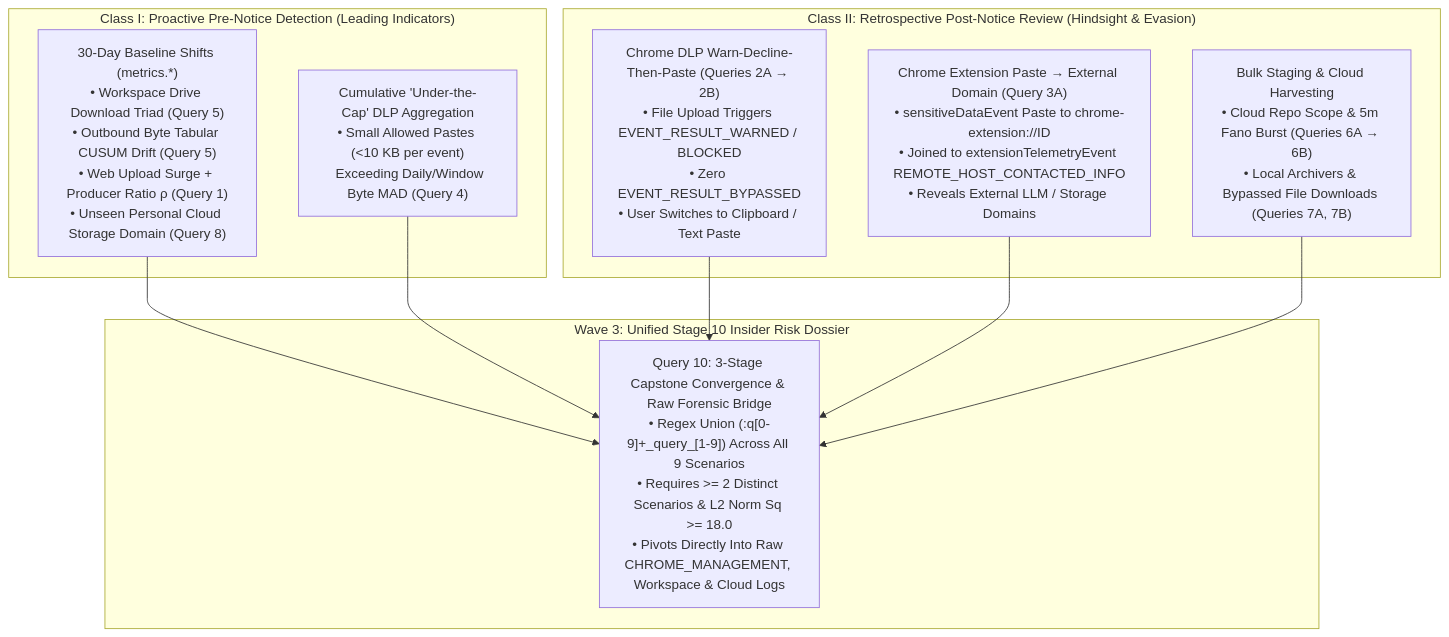
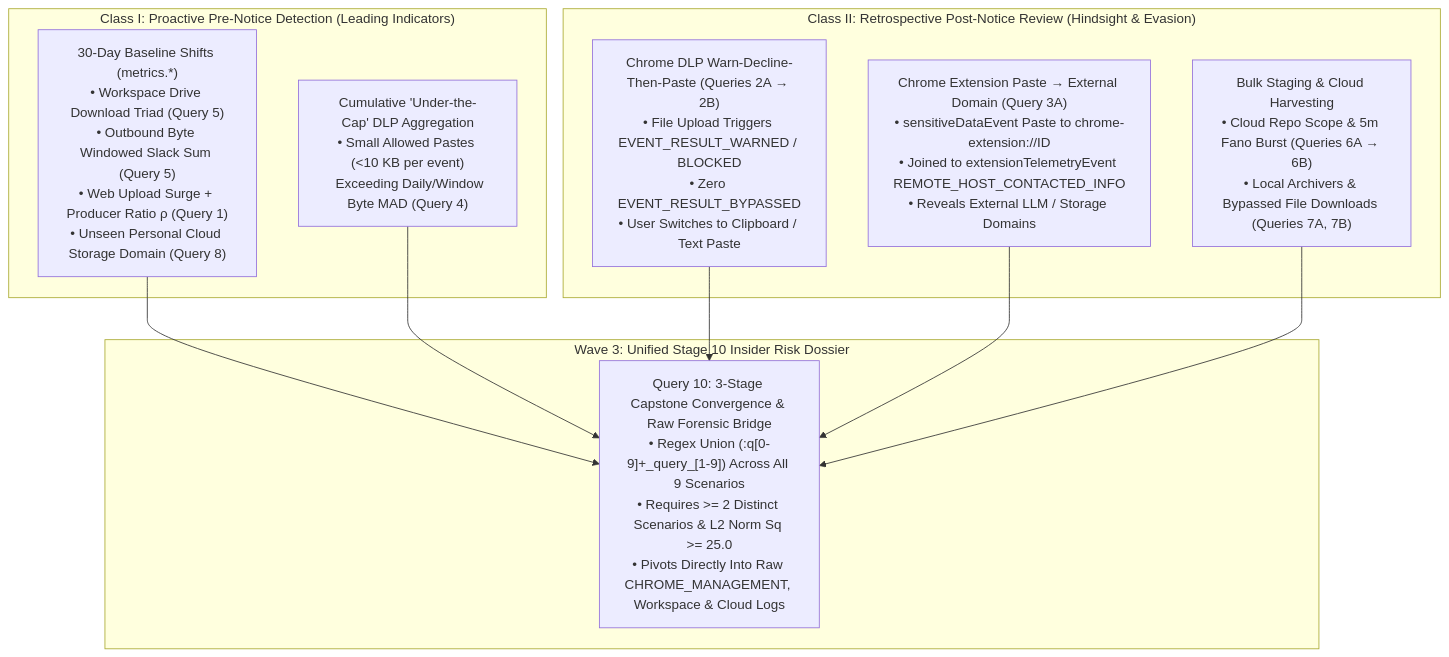
The diagram in insider-risk-dlp-ueba-hunting.md (GooGKush/docs), drawn with Mermaid before and after one commit. The commit also changed other lines of this file and 14 other files, not shown here.

````diff
--- a/insider-risk-dlp-ueba-hunting.md
+++ b/insider-risk-dlp-ueba-hunting.md
@@ -17,23 +17,23 @@
 ```mermaid
 flowchart TD
     subgraph Class1["Class I: Proactive Pre-Notice Detection (Leading Indicators)"]
-        P1["30-Day Baseline Shifts (metrics.*)\n• Workspace Drive Download Triad (Query 5)\n• Outbound Byte Tabular CUSUM Drift (Query 5)\n• Web Upload Surge + Producer Ratio ρ (Query 1)\n• Unseen Personal Cloud Storage Domain (Query 8)"]
+        P1["30-Day Baseline Shifts (metrics.*)\n• Workspace Drive Download Triad (Query 5)\n• Outbound Byte Windowed Slack Sum (Query 5)\n• Web Upload Surge + Producer Ratio ρ (Query 1)\n• Unseen Personal Cloud Storage Domain (Query 8)"]
         P2["Cumulative 'Under-the-Cap' DLP Aggregation\n• Small Allowed Pastes (<10 KB per event)\n  Exceeding Daily/Window Byte MAD (Query 4)"]
     end
 
     subgraph Class2["Class II: Retrospective Post-Notice Review (Hindsight & Evasion)"]
         R1["Chrome DLP Warn-Decline-Then-Paste (Queries 2A → 2B)\n• File Upload Triggers EVENT_RESULT_WARNED / BLOCKED\n• Zero EVENT_RESULT_BYPASSED\n• User Switches to Clipboard / Text Paste"]
         R2["Chrome Extension Paste → External Domain (Query 3A)\n• sensitiveDataEvent Paste to chrome-extension://ID\n• Joined to extensionTelemetryEvent REMOTE_HOST_CONTACTED_INFO\n• Reveals External LLM / Storage Domains"]
         R3["Bulk Staging & Cloud Harvesting\n• Cloud Repo Scope & 5m Fano Burst (Queries 6A → 6B)\n• Local Archivers & Bypassed File Downloads (Queries 7A, 7B)"]
     end
 
     subgraph Wave3["Wave 3: Unified Stage 10 Insider Risk Dossier"]
-        C10["Query 10: 3-Stage Capstone Convergence & Raw Forensic Bridge\n• Regex Union (:q[0-9]+_query_[1-9]) Across All 9 Scenarios\n• Requires >= 2 Distinct Scenarios & L2 Norm Sq >= 18.0\n• Pivots Directly Into Raw CHROME_MANAGEMENT, Workspace & Cloud Logs"]
+        C10["Query 10: 3-Stage Capstone Convergence & Raw Forensic Bridge\n• Regex Union (:q[0-9]+_query_[1-9]) Across All 9 Scenarios\n• Requires >= 2 Distinct Scenarios & L2 Norm Sq >= 25.0\n• Pivots Directly Into Raw CHROME_MANAGEMENT, Workspace & Cloud Logs"]
     end
 
     P1 --> C10
     P2 --> C10
     R1 --> C10
     R2 --> C10
     R3 --> C10
 ```
````
